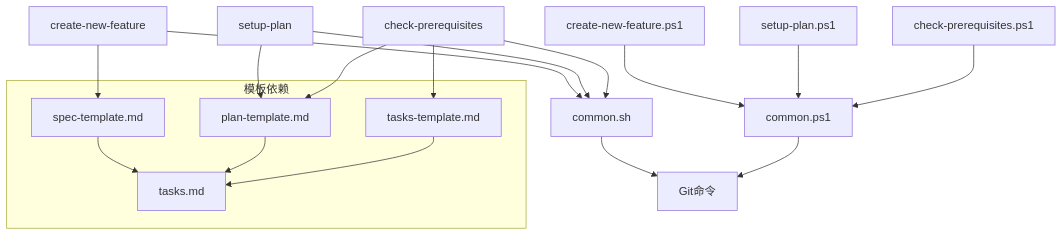
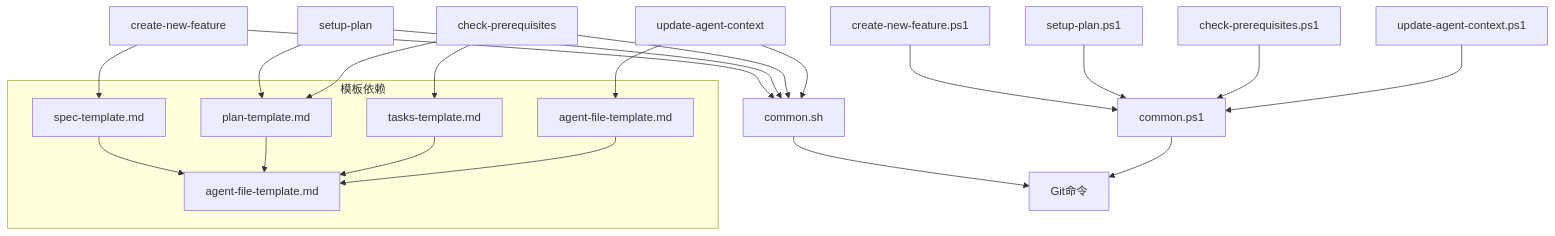
The seventh of 7 diagrams in .qoder/repowiki/zh/content/脚本系统/脚本系统.md (afanty2021/spec-kit), drawn with Mermaid before and after one commit. The commit also changed other lines of this file and 18 other files, not shown here.

````diff
--- a/.qoder/repowiki/zh/content/脚本系统/脚本系统.md
+++ b/.qoder/repowiki/zh/content/脚本系统/脚本系统.md
@@ -234,20 +286,24 @@
 ```mermaid
 graph TD
 CreateFeature[create-new-feature] --> Common[common.sh]
 SetupPlan[setup-plan] --> Common
 CheckPrereq[check-prerequisites] --> Common
+UpdateAgent[update-agent-context] --> Common
 CreateFeaturePS[create-new-feature.ps1] --> CommonPS[common.ps1]
 SetupPlanPS[setup-plan.ps1] --> CommonPS
 CheckPrereqPS[check-prerequisites.ps1] --> CommonPS
+UpdateAgentPS[update-agent-context.ps1] --> CommonPS
 Common --> Git[Git命令]
 CommonPS --> Git
 CreateFeature --> SpecTemplate[spec-template.md]
 SetupPlan --> PlanTemplate[plan-template.md]
 CheckPrereq --> PlanTemplate
 CheckPrereq --> TasksTemplate[tasks-template.md]
+UpdateAgent --> AgentTemplate[agent-file-template.md]
 subgraph "模板依赖"
 SpecTemplate --> Commands[specify.md]
 PlanTemplate --> Commands[plan.md]
 TasksTemplate --> Commands[tasks.md]
+AgentTemplate --> Commands[agent-file-template.md]
 end
 ```
````
